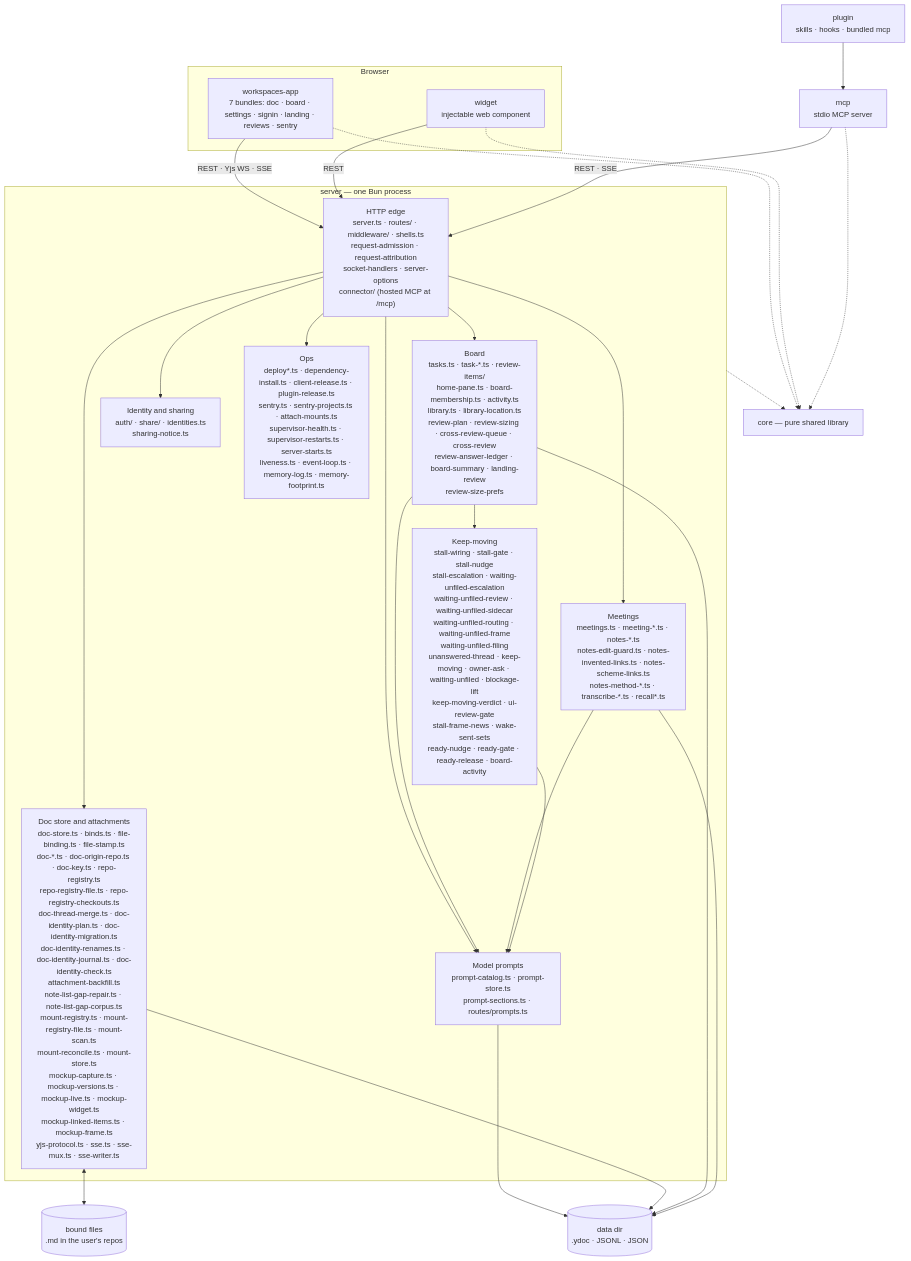
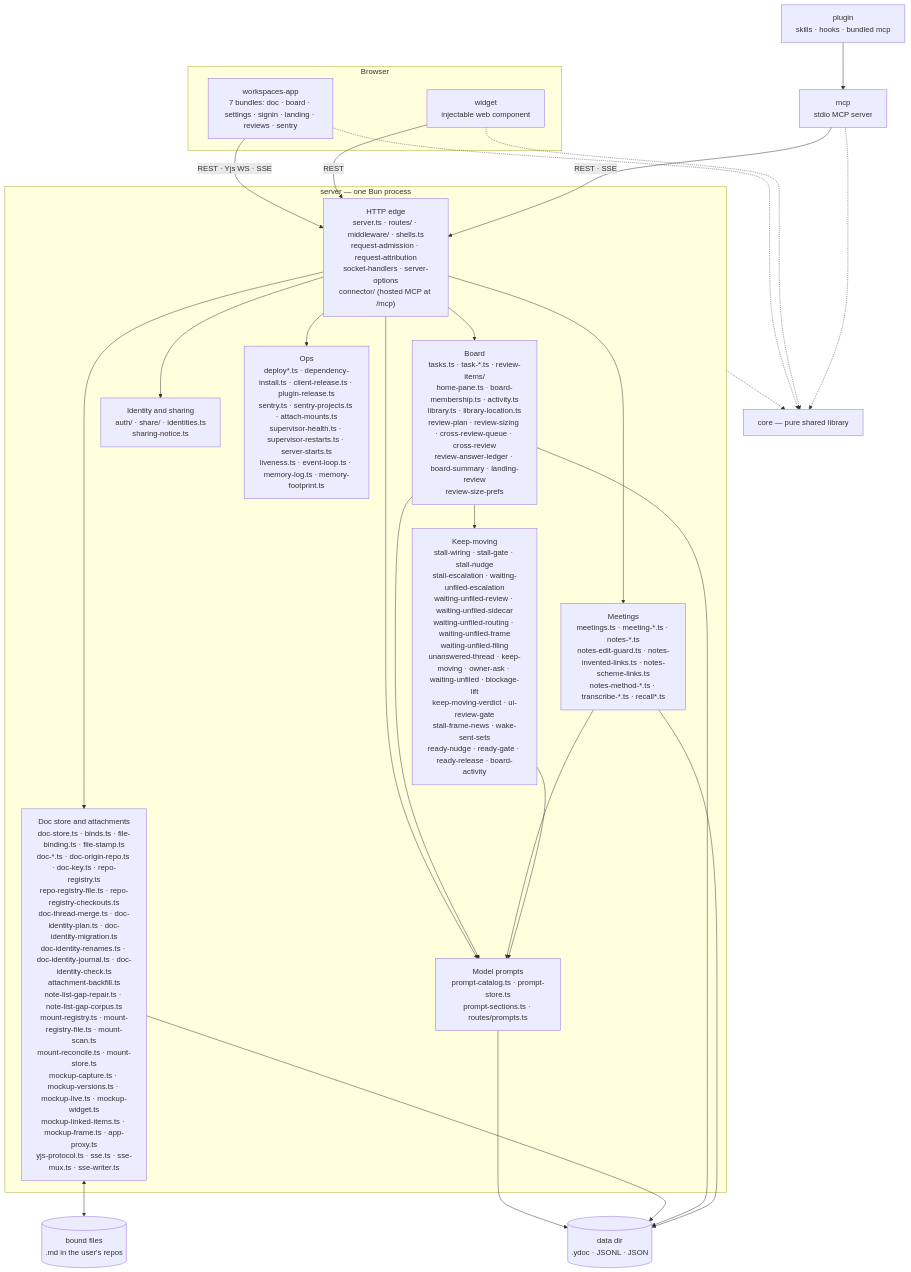
The first of 2 diagrams in docs/architecture/overview.md (fryanpan/claude-workspaces-plugin), drawn with Mermaid before and after one commit. The commit also changed other lines of this file and 35 other files, not shown here.

````diff
--- a/docs/architecture/overview.md
+++ b/docs/architecture/overview.md
@@ -45,35 +45,35 @@
 ```mermaid
 flowchart TB
   subgraph browser[Browser]
     app["workspaces-app<br/>7 bundles: doc · board · settings · signin · landing · reviews · sentry"]
     wid["widget<br/>injectable web component"]
   end
   plug["plugin<br/>skills · hooks · bundled mcp"]
   mcp["mcp<br/>stdio MCP server"]
   subgraph srv["server — one Bun process"]
     edge["HTTP edge<br/>server.ts · routes/ · middleware/ · shells.ts<br/>request-admission · request-attribution<br/>socket-handlers · server-options<br/>connector/ (hosted MCP at /mcp)"]
-    docs["Doc store and attachments<br/>doc-store.ts · binds.ts · file-binding.ts · file-stamp.ts<br/>doc-*.ts · doc-origin-repo.ts · doc-key.ts · repo-registry.ts<br/>repo-registry-file.ts · repo-registry-checkouts.ts<br/>doc-thread-merge.ts · doc-identity-plan.ts · doc-identity-migration.ts<br/>doc-identity-renames.ts · doc-identity-journal.ts · doc-identity-check.ts<br/>attachment-backfill.ts<br/>note-list-gap-repair.ts · note-list-gap-corpus.ts<br/>mount-registry.ts · mount-registry-file.ts · mount-scan.ts<br/>mount-reconcile.ts · mount-store.ts<br/>mockup-capture.ts · mockup-versions.ts · mockup-live.ts · mockup-widget.ts<br/>mockup-linked-items.ts · mockup-frame.ts<br/>yjs-protocol.ts · sse.ts · sse-mux.ts · sse-writer.ts"]
+    docs["Doc store and attachments<br/>doc-store.ts · binds.ts · file-binding.ts · file-stamp.ts<br/>doc-*.ts · doc-origin-repo.ts · doc-key.ts · repo-registry.ts<br/>repo-registry-file.ts · repo-registry-checkouts.ts<br/>doc-thread-merge.ts · doc-identity-plan.ts · doc-identity-migration.ts<br/>doc-identity-renames.ts · doc-identity-journal.ts · doc-identity-check.ts<br/>attachment-backfill.ts<br/>note-list-gap-repair.ts · note-list-gap-corpus.ts<br/>mount-registry.ts · mount-registry-file.ts · mount-scan.ts<br/>mount-reconcile.ts · mount-store.ts<br/>mockup-capture.ts · mockup-versions.ts · mockup-live.ts · mockup-widget.ts<br/>mockup-linked-items.ts · mockup-frame.ts · app-proxy.ts<br/>yjs-protocol.ts · sse.ts · sse-mux.ts · sse-writer.ts"]
     board["Board<br/>tasks.ts · task-*.ts · review-items/<br/>home-pane.ts · board-membership.ts · activity.ts<br/>library.ts · library-location.ts<br/>review-plan · review-sizing · cross-review-queue · cross-review<br/>review-answer-ledger · board-summary · landing-review<br/>review-size-prefs"]
     meet["Meetings<br/>meetings.ts · meeting-*.ts · notes-*.ts<br/>notes-edit-guard.ts · notes-invented-links.ts · notes-scheme-links.ts<br/>notes-method-*.ts · transcribe-*.ts · recall*.ts"]
     keep["Keep-moving<br/>stall-wiring · stall-gate · stall-nudge<br/>stall-escalation · waiting-unfiled-escalation<br/>waiting-unfiled-review · waiting-unfiled-sidecar<br/>waiting-unfiled-routing · waiting-unfiled-frame<br/>waiting-unfiled-filing<br/>unanswered-thread · keep-moving · owner-ask · waiting-unfiled · blockage-lift<br/>keep-moving-verdict · ui-review-gate<br/>stall-frame-news · wake-sent-sets<br/>ready-nudge · ready-gate · ready-release · board-activity"]
     ident["Identity and sharing<br/>auth/ · share/ · identities.ts<br/>sharing-notice.ts"]
     prompts["Model prompts<br/>prompt-catalog.ts · prompt-store.ts<br/>prompt-sections.ts · routes/prompts.ts"]
     ops["Ops<br/>deploy*.ts · dependency-install.ts · client-release.ts · plugin-release.ts<br/>sentry.ts · sentry-projects.ts · attach-mounts.ts<br/>supervisor-health.ts · supervisor-restarts.ts · server-starts.ts<br/>liveness.ts · event-loop.ts · memory-log.ts · memory-footprint.ts"]
   end
   core["core — pure shared library"]
   disk[("data dir<br/>.ydoc · JSONL · JSON")]
   files[("bound files<br/>.md in the user's repos")]
 
   app -->|"REST · Yjs WS · SSE"| edge
   wid -->|REST| edge
   plug --> mcp
   mcp -->|"REST · SSE"| edge
   edge --> docs & board & meet & ident & ops & prompts
   board & meet & keep --> prompts
   prompts --> disk
   board --> keep
   docs <--> files
   docs & board & meet --> disk
   app & wid & mcp -.-> core
   srv -.-> core
 ```
````
